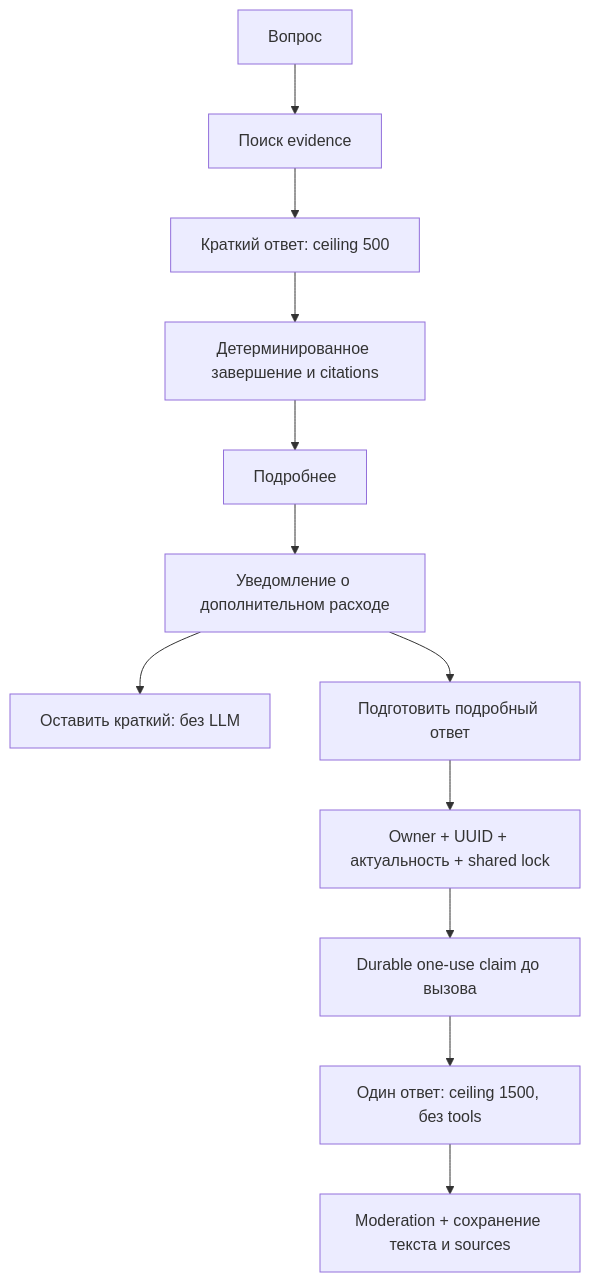
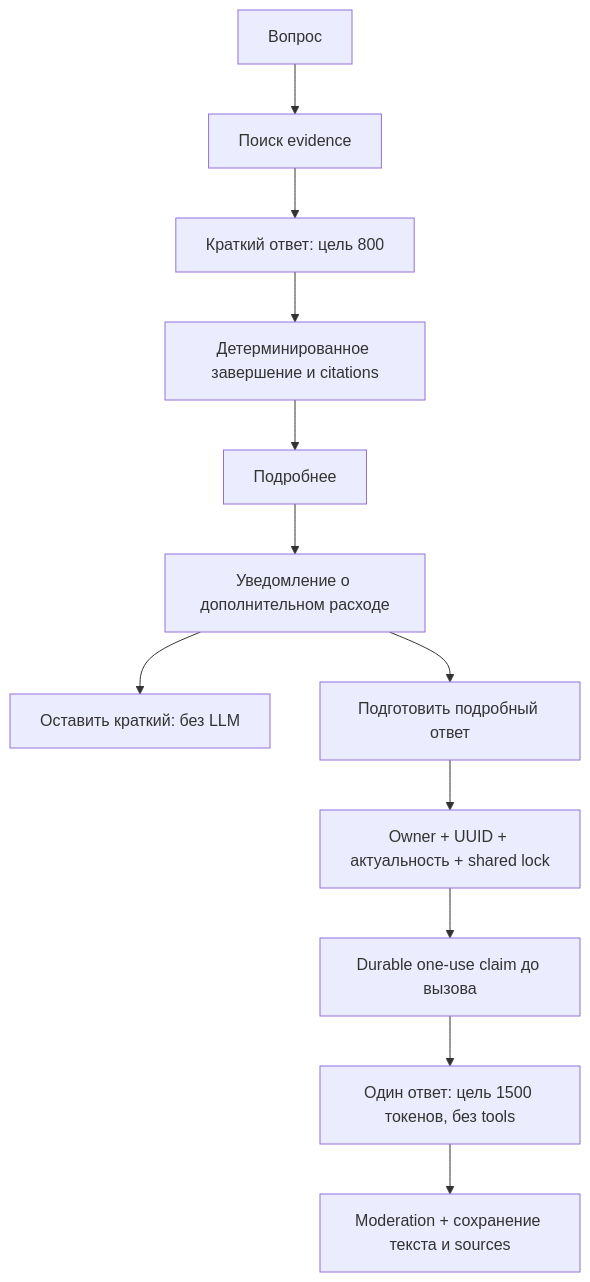
The diagram in docs/unified_agent.md (skoroko/Support_Copilot), drawn with Mermaid before and after one commit. The commit also changed other lines of this file and 71 other files, not shown here.

````diff
--- a/docs/unified_agent.md
+++ b/docs/unified_agent.md
@@ -180,14 +198,14 @@
 ```mermaid
 flowchart TD
     Q[Вопрос] --> R[Поиск evidence]
-    R --> B[Краткий ответ: ceiling 500]
+    R --> B[Краткий ответ: цель 800]
     B --> C[Детерминированное завершение и citations]
     C --> D[Подробнее]
     D --> P[Уведомление о дополнительном расходе]
     P --> N[Оставить краткий: без LLM]
     P --> Y[Подготовить подробный ответ]
     Y --> O[Owner + UUID + актуальность + shared lock]
     O --> K[Durable one-use claim до вызова]
-    K --> E[Один ответ: ceiling 1500, без tools]
+    K --> E[Один ответ: цель 1500 токенов, без tools]
     E --> M[Moderation + сохранение текста и sources]
 ```
````
